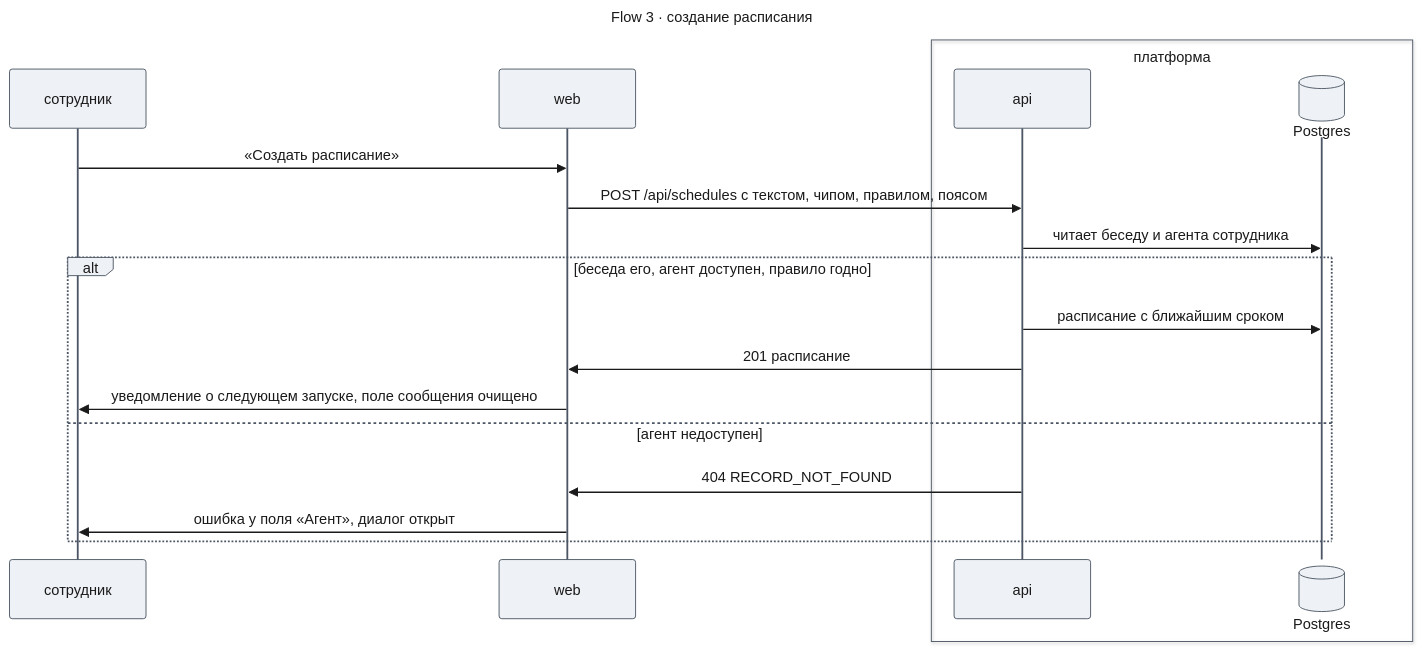
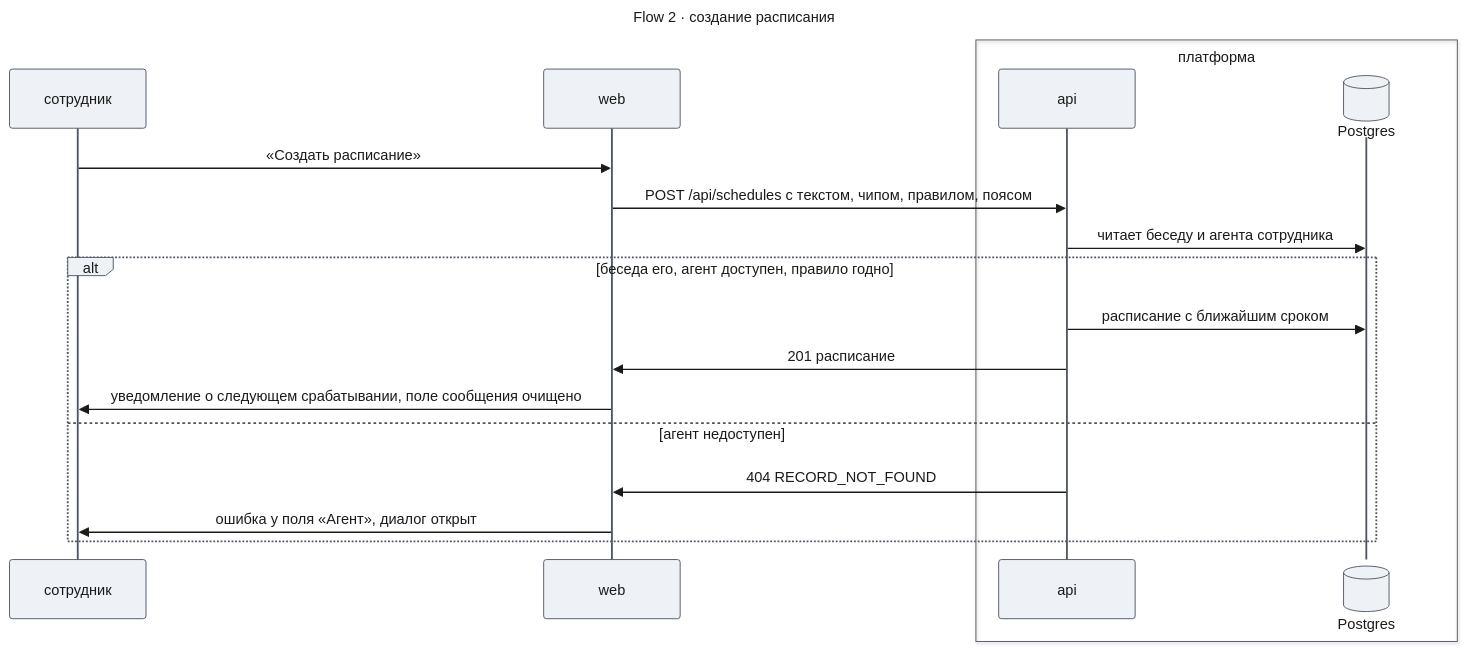
One commit to tundraray/agent-os changed the sixth of 7 diagrams in docs/features/schedules-search-memory/design-schedules.md. Above: the diagram before and after it, drawn with Mermaid. The commit also changed other lines of this file and 10 other files, not shown here.

````diff
--- a/docs/features/schedules-search-memory/design-schedules.md
+++ b/docs/features/schedules-search-memory/design-schedules.md
@@ -532,42 +484,42 @@
 ```mermaid
 ---
-title: "Flow 3 · создание расписания"
+title: "Flow 2 · создание расписания"
 config:
   theme: base
   look: classic
   themeVariables:
     primaryColor: "#eef1f5"
     primaryBorderColor: "#4b5563"
     primaryTextColor: "#1a1a1a"
     lineColor: "#6b7280"
   themeCSS: |
     @keyframes lit_fs3{0%,11.25%{stroke:#991b1b;stroke-width:6px}12.5%,100%{stroke:#37474f;stroke-width:2px}}
     @keyframes litr_fs3{0%,11.25%{stroke:#1d4ed8;stroke-width:6px}12.5%,100%{stroke:#37474f;stroke-width:2px}}
     .messageLine0[data-id='i0'],.messageLine1[data-id='i0']{animation:lit_fs3 9.6s linear 0s infinite}
     .messageLine0[data-id='i1'],.messageLine1[data-id='i1']{animation:lit_fs3 9.6s linear 1.2s infinite}
     .messageLine0[data-id='i2'],.messageLine1[data-id='i2']{animation:litr_fs3 9.6s linear 2.4s infinite}
     .messageLine0[data-id='i4'],.messageLine1[data-id='i4']{animation:lit_fs3 9.6s linear 3.6s infinite}
     .messageLine0[data-id='i5'],.messageLine1[data-id='i5']{animation:litr_fs3 9.6s linear 4.8s infinite}
     .messageLine0[data-id='i6'],.messageLine1[data-id='i6']{animation:litr_fs3 9.6s linear 6s infinite}
     .messageLine0[data-id='i8'],.messageLine1[data-id='i8']{animation:litr_fs3 9.6s linear 7.2s infinite}
     .messageLine0[data-id='i9'],.messageLine1[data-id='i9']{animation:litr_fs3 9.6s linear 8.4s infinite}
 ---
 sequenceDiagram
     participant H as сотрудник
     participant W as web
     box платформа
         participant A as api
         participant DB@{ "type": "database" } as Postgres
     end
     H->>W: «Создать расписание»
     W->>A: POST /api/schedules с текстом, чипом, правилом, поясом
     A->>DB: читает беседу и агента сотрудника
     alt беседа его, агент доступен, правило годно
         A->>DB: расписание с ближайшим сроком
         A->>W: 201 расписание
-        W->>H: уведомление о следующем запуске, поле сообщения очищено
+        W->>H: уведомление о следующем срабатывании, поле сообщения очищено
     else агент недоступен
         A->>W: 404 RECORD_NOT_FOUND
         W->>H: ошибка у поля «Агент», диалог открыт
     end
 ```
````
